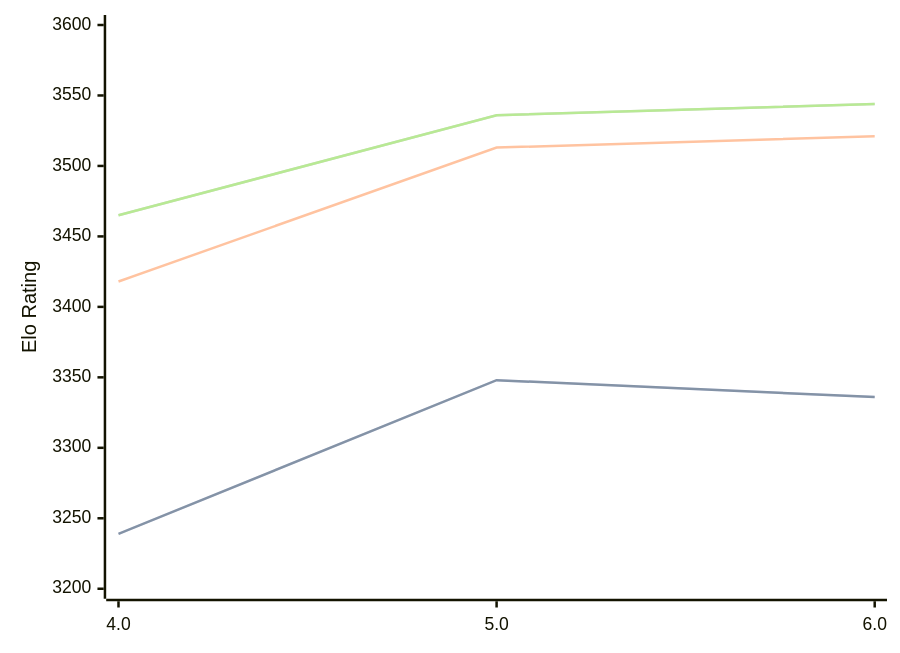
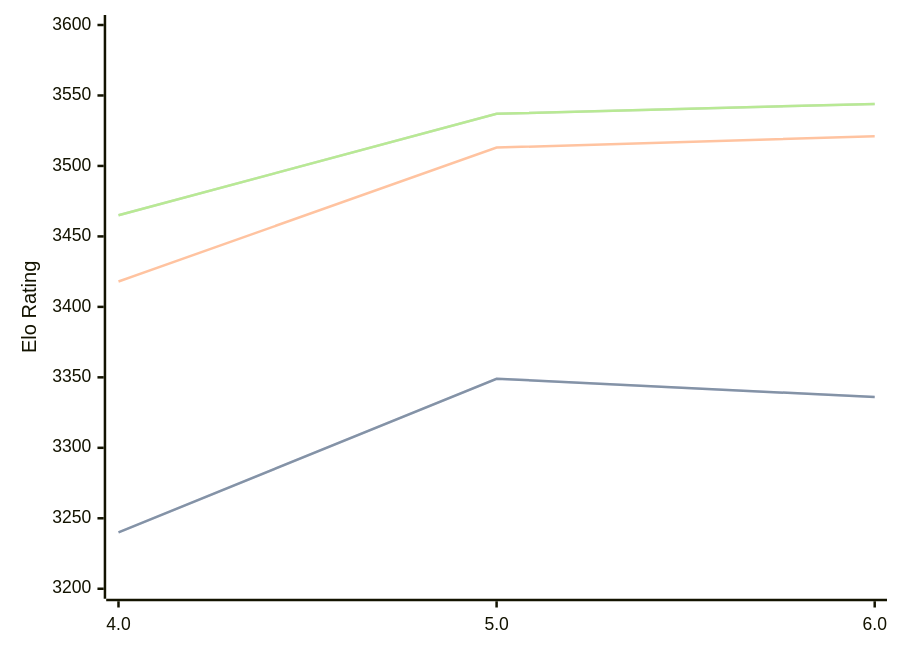
Before and after one commit to computer-chess-index/cci: the first of 3 diagrams in engines/Tarnished.md, drawn with Mermaid. The commit also changed other lines of this file, not shown here.

Commit message:
Update CCI Ratings (ELO VLTC) - 2026-07-17

````diff
--- a/engines/Tarnished.md
+++ b/engines/Tarnished.md
@@ -37,11 +37,11 @@
 ```mermaid
 %%{init: {"theme":"base","themeVariables":{"seriesColors:['#a3a3a3','#222221','#faa371']}}}%%
 xychart-beta
   x-axis ["4.0", "5.0", "6.0"]
   y-axis "Elo Rating" 3200 --> 3600
-  line "STC (8.0+0.08s)" [3239, 3348, 3336]
-  line "STC (8.0+0.08s)" [3239, 3348, 3336]
+  line "STC (8.0+0.08s)" [3240, 3349, 3336]
+  line "STC (8.0+0.08s)" [3240, 3349, 3336]
   line "LTC (60.0+0.60s)" [3418, 3513, 3521]
-  line "VLTC (2m24s+1.12s)" [3465, 3536, 3544]
-  line "VLTC (2m24s+1.12s)" [3465, 3536, 3544]
+  line "VLTC (2m24s+1.12s)" [3465, 3537, 3544]
+  line "VLTC (2m24s+1.12s)" [3465, 3537, 3544]
 ```
````
